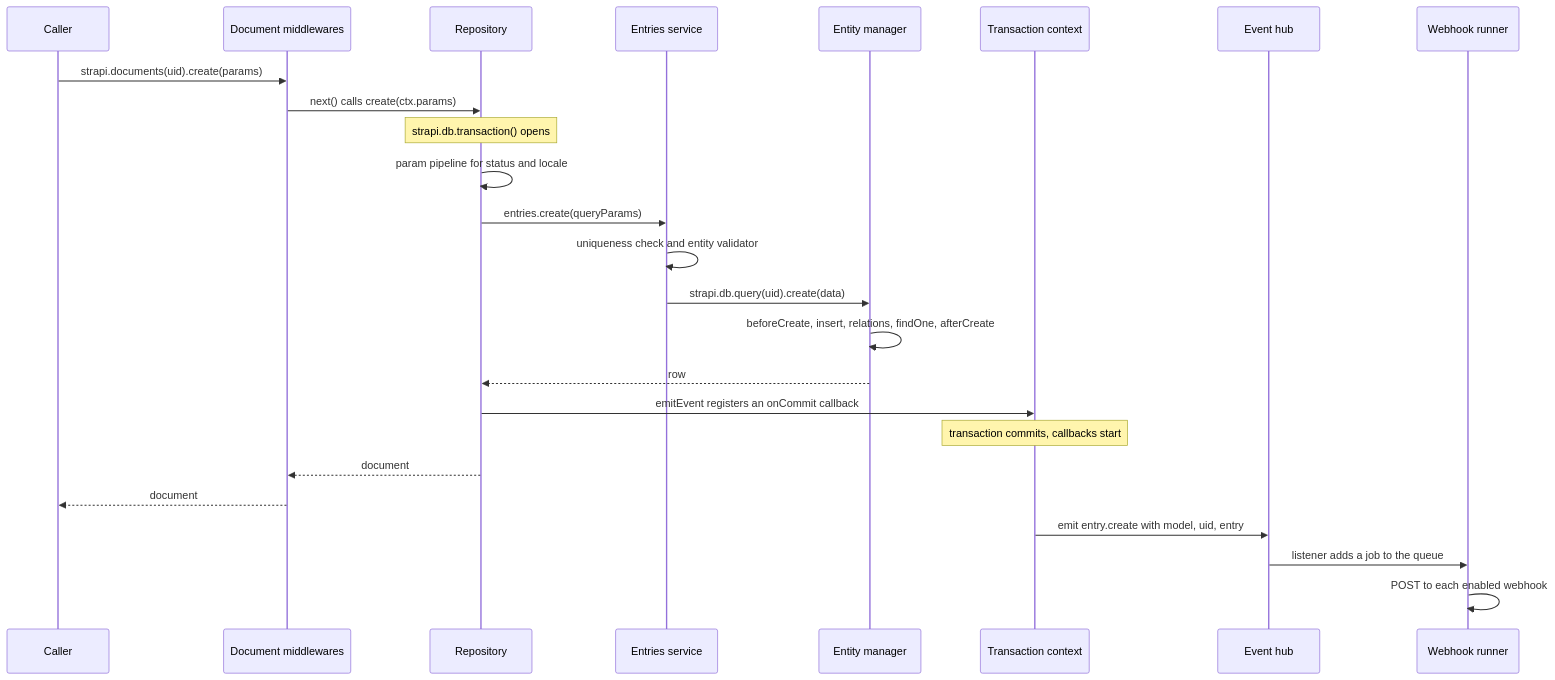
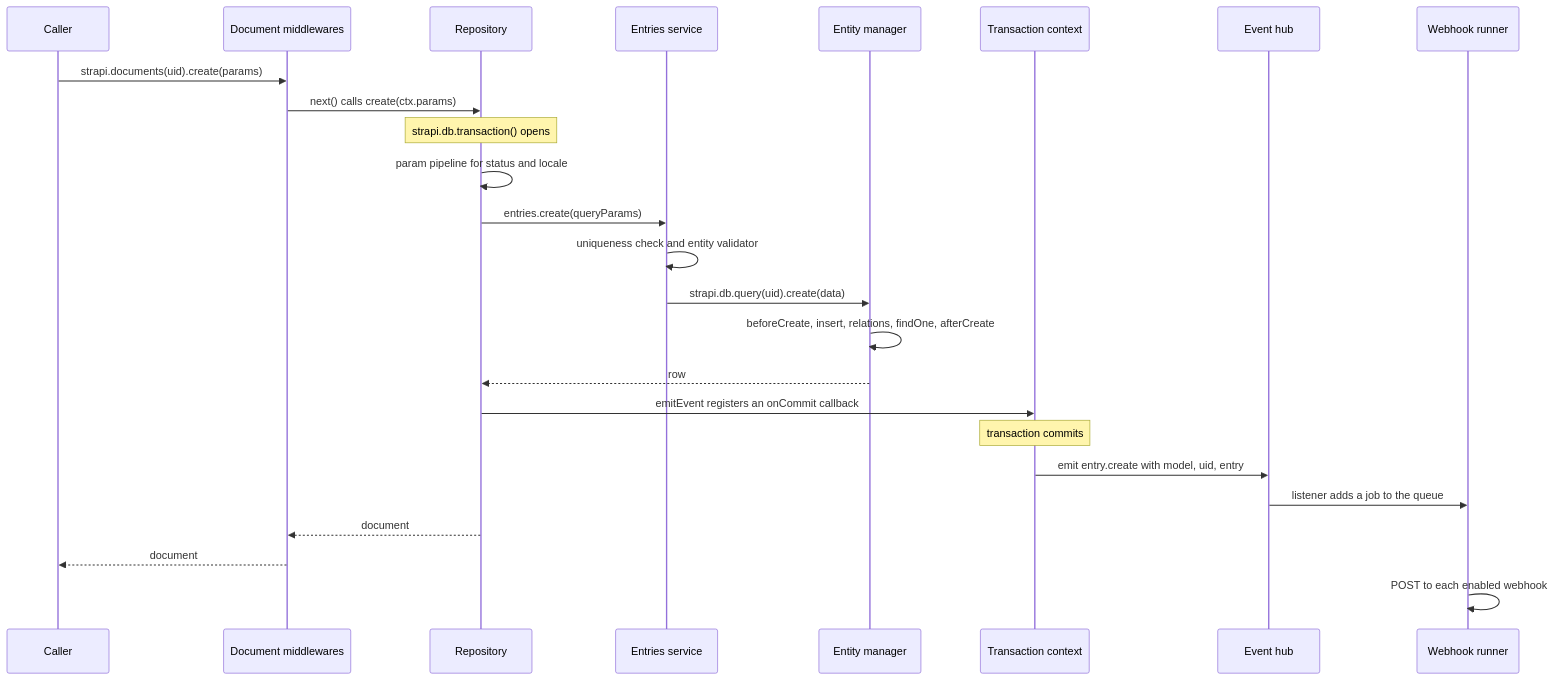
Before and after one commit to strapi/strapi: the diagram in docs/docs/architecture/05-document-write-path.md, drawn with Mermaid. The commit also changed 8 other files, not shown here.

````diff
--- a/docs/docs/architecture/05-document-write-path.md
+++ b/docs/docs/architecture/05-document-write-path.md
@@ -47,28 +47,28 @@
 ```mermaid
 sequenceDiagram
   participant Caller
   participant MW as Document middlewares
   participant Repo as Repository
   participant Entries as Entries service
   participant EM as Entity manager
   participant TX as Transaction context
   participant Hub as Event hub
   participant WH as Webhook runner
 
   Caller->>MW: strapi.documents(uid).create(params)
   MW->>Repo: next() calls create(ctx.params)
   Note over Repo: strapi.db.transaction() opens
   Repo->>Repo: param pipeline for status and locale
   Repo->>Entries: entries.create(queryParams)
   Entries->>Entries: uniqueness check and entity validator
   Entries->>EM: strapi.db.query(uid).create(data)
   EM->>EM: beforeCreate, insert, relations, findOne, afterCreate
   EM-->>Repo: row
   Repo->>TX: emitEvent registers an onCommit callback
-  Note over TX: transaction commits, callbacks start
+  Note over TX: transaction commits
+  TX->>Hub: emit entry.create with model, uid, entry
+  Hub->>WH: listener adds a job to the queue
   Repo-->>MW: document
   MW-->>Caller: document
-  TX->>Hub: emit entry.create with model, uid, entry
-  Hub->>WH: listener adds a job to the queue
   WH->>WH: POST to each enabled webhook
 ```
````
